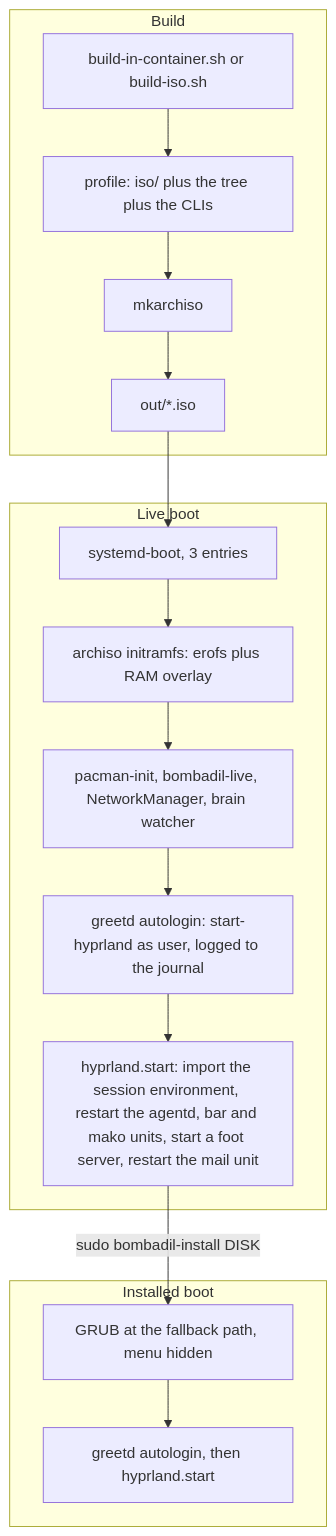
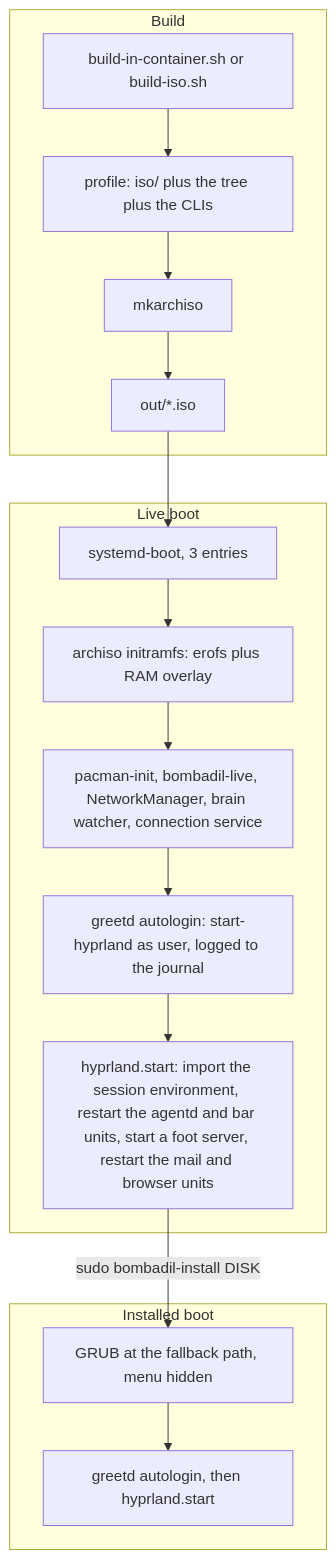
Before and after one commit to thedefaultman/Bombadil: the first of 4 diagrams in docs/architecture/iso-and-install.md, drawn with Mermaid. The commit also changed other lines of this file and 10 other files, not shown here.

First line of the commit message:
docs: messages and connections page, its contract page checked, and the pages for the agent daemon, shell, cards, mail, session services and browser updated (work in progress)

````diff
--- a/docs/architecture/iso-and-install.md
+++ b/docs/architecture/iso-and-install.md
@@ -22,19 +24,19 @@
 ```mermaid
 flowchart TB
     subgraph build["Build"]
         A["build-in-container.sh or build-iso.sh"] --> B["profile: iso/ plus the tree plus the CLIs"]
         B --> C["mkarchiso"]
         C --> D["out/*.iso"]
     end
     subgraph live["Live boot"]
         E["systemd-boot, 3 entries"] --> F["archiso initramfs: erofs plus RAM overlay"]
-        F --> G["pacman-init, bombadil-live, NetworkManager, brain watcher"]
+        F --> G["pacman-init, bombadil-live, NetworkManager, brain watcher, connection service"]
         G --> H["greetd autologin: start-hyprland as user, logged to the journal"]
-        H --> I["hyprland.start: import the session environment, restart the agentd, bar and mako units, start a foot server, restart the mail unit"]
+        H --> I["hyprland.start: import the session environment, restart the agentd and bar units, start a foot server, restart the mail and browser units"]
     end
     subgraph inst["Installed boot"]
         J["GRUB at the fallback path, menu hidden"] --> K["greetd autologin, then hyprland.start"]
     end
     D --> E
     I -->|"sudo bombadil-install DISK"| J
 ```
````
